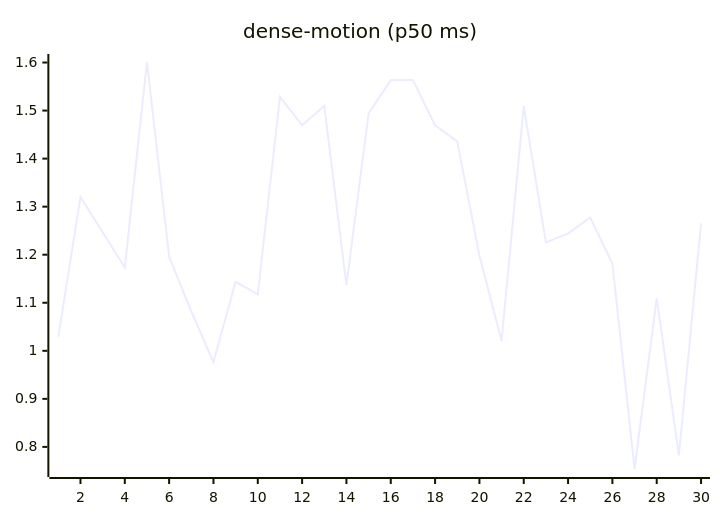
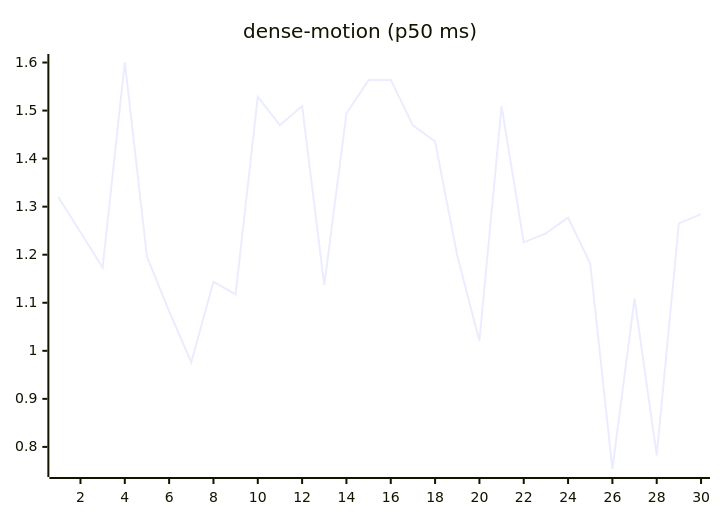
The ninth of 27 diagrams in README.md (josha/Facet), drawn with Mermaid before and after one commit. The commit also changed other lines of this file and 2 other files, not shown here.

````diff
--- a/README.md
+++ b/README.md
@@ -119,6 +119,6 @@
 ```mermaid
 xychart-beta
     title "dense-motion (p50 ms)"
     x-axis 1 --> 30
-    line [1.0293, 1.3202, 1.2469, 1.1733, 1.6011, 1.1959, 1.0823, 0.9763, 1.1436, 1.1174, 1.5286, 1.4695, 1.5096, 1.1365, 1.4939, 1.5634, 1.5638, 1.4692, 1.4355, 1.1984, 1.0205, 1.5093, 1.2258, 1.2445, 1.2773, 1.1817, 0.7540, 1.1093, 0.7822, 1.2651]
+    line [1.3202, 1.2469, 1.1733, 1.6011, 1.1959, 1.0823, 0.9763, 1.1436, 1.1174, 1.5286, 1.4695, 1.5096, 1.1365, 1.4939, 1.5634, 1.5638, 1.4692, 1.4355, 1.1984, 1.0205, 1.5093, 1.2258, 1.2445, 1.2773, 1.1817, 0.7540, 1.1093, 0.7822, 1.2651, 1.2846]
 ```
````
